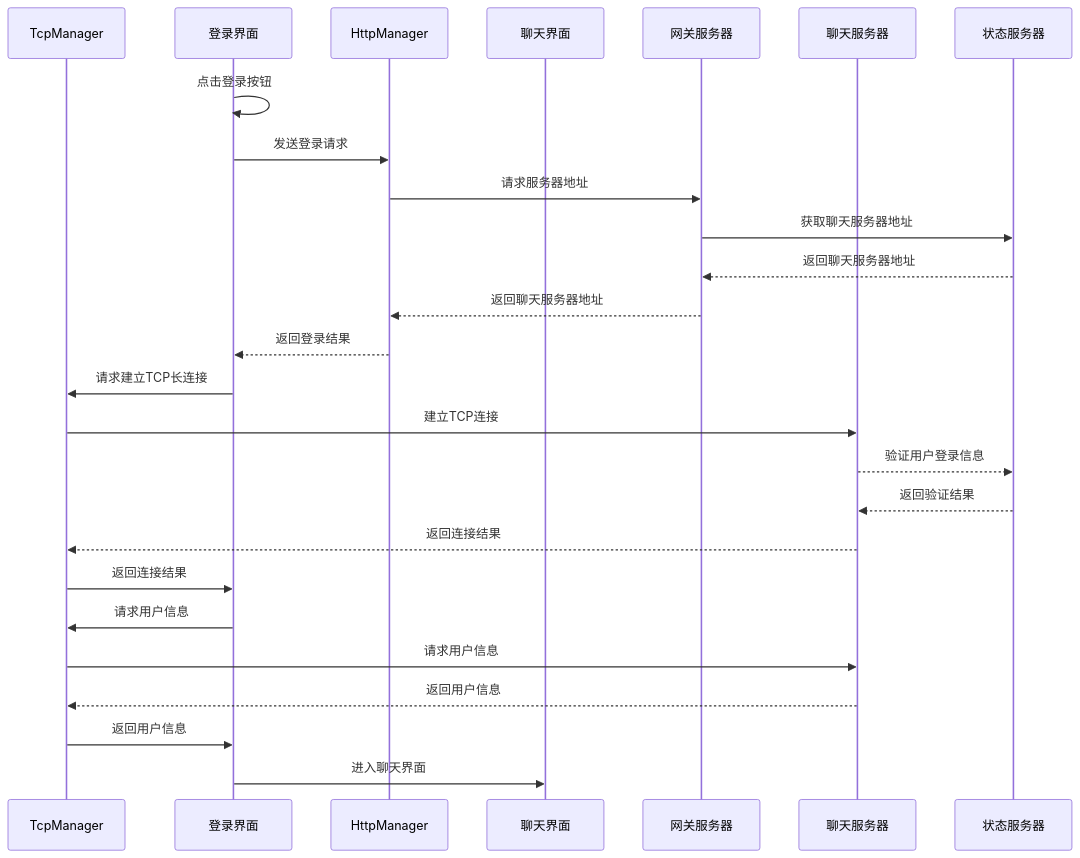
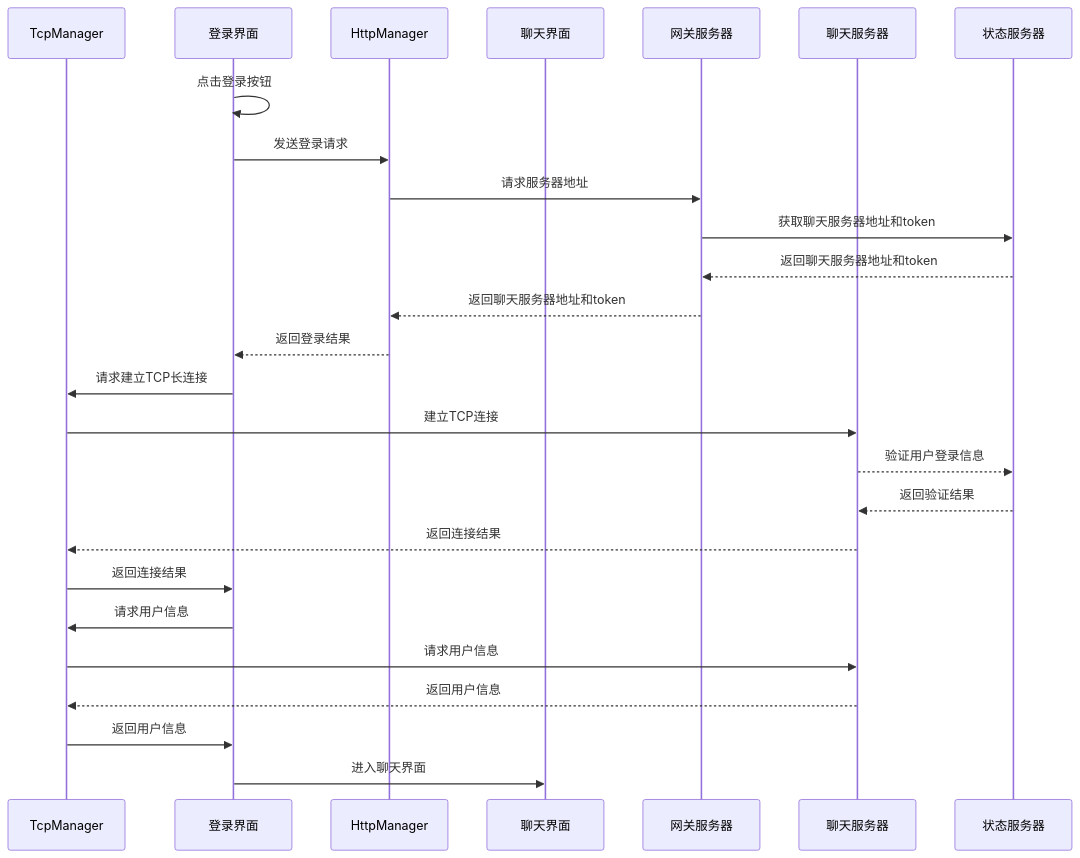
Before and after one commit to chrisnake11/blog: the diagram in src/content/posts/Coding/ChatRoom/Login登录流程.md, drawn with Mermaid. The commit also changed other lines of this file, not shown here.

Commit message:
add ChatRoom Login Sequence

````diff
--- a/src/content/posts/Coding/ChatRoom/Login登录流程.md
+++ b/src/content/posts/Coding/ChatRoom/Login登录流程.md
@@ -14,30 +35,30 @@
 ```mermaid
 sequenceDiagram
     participant TcpManager
     participant LoginDialog as 登录界面
     participant HttpManager
     participant ChatDialog as 聊天界面
     participant GateServer as 网关服务器
     participant ChatServer as 聊天服务器
     participant StatusServer as 状态服务器
 
     LoginDialog ->> LoginDialog: 点击登录按钮
     LoginDialog ->> HttpManager: 发送登录请求
     HttpManager ->> GateServer: 请求服务器地址
-    GateServer ->> StatusServer: 获取聊天服务器地址
-    StatusServer -->> GateServer: 返回聊天服务器地址
-    GateServer -->> HttpManager: 返回聊天服务器地址
+    GateServer ->> StatusServer: 获取聊天服务器地址和token
+    StatusServer -->> GateServer: 返回聊天服务器地址和token
+    GateServer -->> HttpManager: 返回聊天服务器地址和token
     HttpManager -->> LoginDialog: 返回登录结果
 
     LoginDialog ->> TcpManager: 请求建立TCP长连接
     TcpManager ->> ChatServer: 建立TCP连接
     ChatServer -->> StatusServer: 验证用户登录信息
     StatusServer -->> ChatServer: 返回验证结果
     ChatServer -->> TcpManager: 返回连接结果
     TcpManager ->> LoginDialog: 返回连接结果
     LoginDialog ->> TcpManager: 请求用户信息
     TcpManager ->> ChatServer: 请求用户信息
     ChatServer -->> TcpManager: 返回用户信息
     TcpManager ->> LoginDialog: 返回用户信息
     LoginDialog ->> ChatDialog: 进入聊天界面
 ```
````
